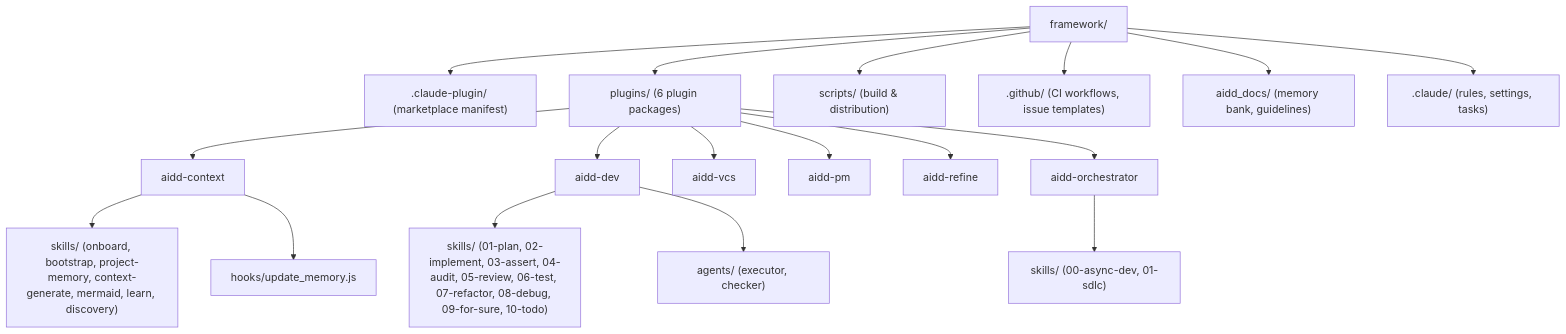
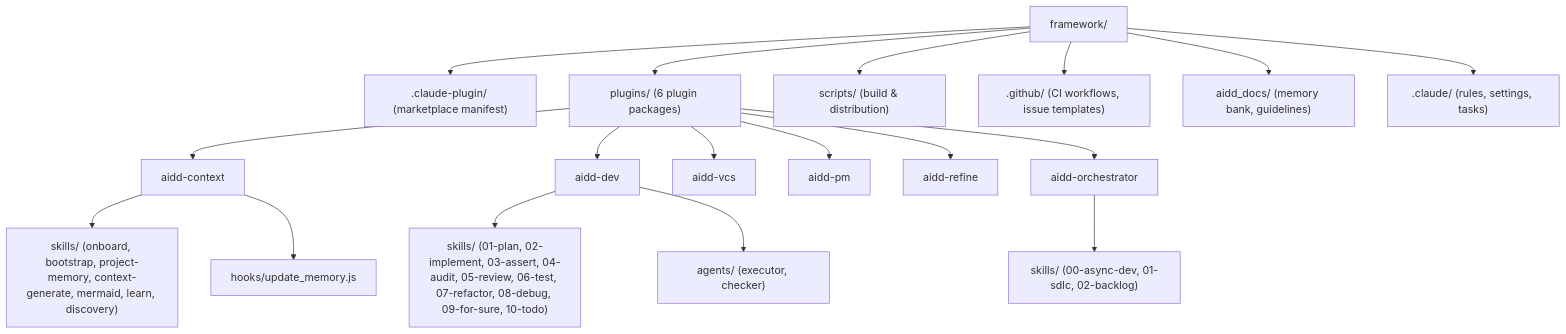
The diagram in aidd_docs/memory/codebase-map.md (ai-driven-dev/aidd-framework), drawn with Mermaid before and after one commit. The commit also changed 133 other files, not shown here.

First line of the commit message:
feat(aidd-pm): keep a typed product backlog coherent whoever writes to it (#582)

````diff
--- a/aidd_docs/memory/codebase-map.md
+++ b/aidd_docs/memory/codebase-map.md
@@ -3,22 +3,22 @@
 ```mermaid
 flowchart TD
     Root["framework/"] --> ClaudePlugin[".claude-plugin/ (marketplace manifest)"]
     Root --> Plugins["plugins/ (6 plugin packages)"]
     Root --> Scripts["scripts/ (build & distribution)"]
     Root --> GH[".github/ (CI workflows, issue templates)"]
     Root --> AiddDocs["aidd_docs/ (memory bank, guidelines)"]
     Root --> DotClaude[".claude/ (rules, settings, tasks)"]
 
     Plugins --> AiddContext["aidd-context"]
     Plugins --> AiddDev["aidd-dev"]
     Plugins --> AiddVCS["aidd-vcs"]
     Plugins --> AiddPM["aidd-pm"]
     Plugins --> AiddRefine["aidd-refine"]
     Plugins --> AiddOrchestrator["aidd-orchestrator"]
 
     AiddContext --> CtxSkills["skills/ (onboard, bootstrap, project-memory, context-generate, mermaid, learn, discovery)"]
     AiddContext --> CtxHooks["hooks/update_memory.js"]
     AiddDev --> DevSkills["skills/ (01-plan, 02-implement, 03-assert, 04-audit, 05-review, 06-test, 07-refactor, 08-debug, 09-for-sure, 10-todo)"]
     AiddDev --> DevAgents["agents/ (executor, checker)"]
-    AiddOrchestrator --> OrchestratorSkills["skills/ (00-async-dev, 01-sdlc)"]
+    AiddOrchestrator --> OrchestratorSkills["skills/ (00-async-dev, 01-sdlc, 02-backlog)"]
 ```
````
